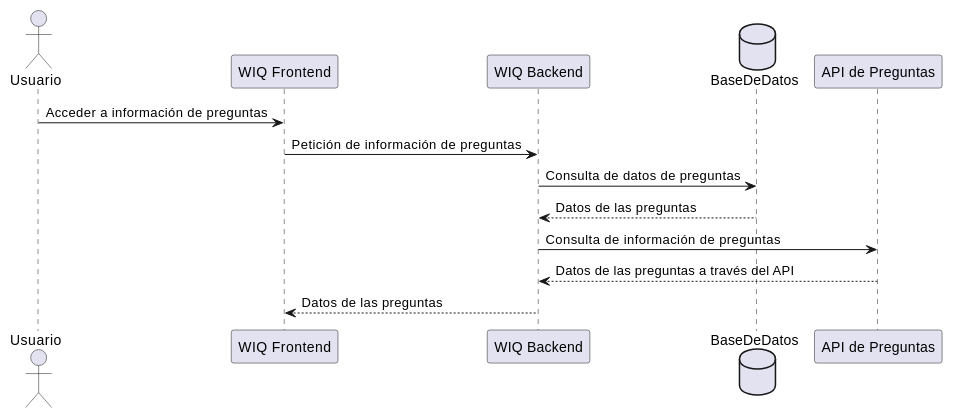
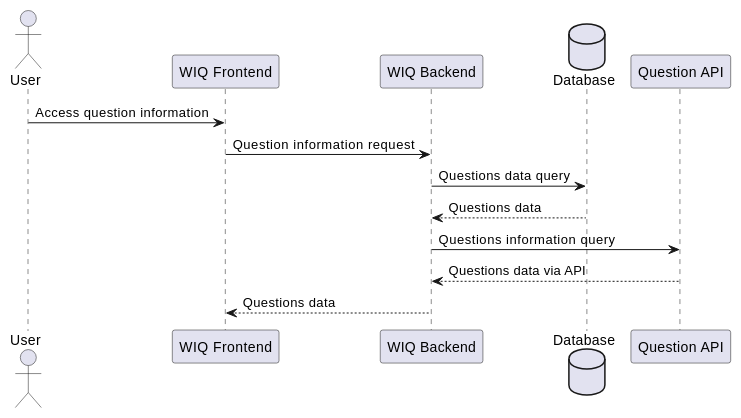
One commit to Arquisoft/wiq_es04b changed the sixth of 6 diagrams in docs/src/06_runtime_view.adoc. Above: the diagram before and after it, drawn with PlantUML. The commit also changed other lines of this file and 1 other file, not shown here.

```diff
--- a/docs/src/06_runtime_view.adoc
+++ b/docs/src/06_runtime_view.adoc
@@ -125,16 +125,16 @@
 [plantuml,"Sequence diagram 6",png]
 ----
-actor Usuario
+actor User
 participant "WIQ Frontend" as Frontend
 participant "WIQ Backend" as Backend
-database BaseDeDatos as DB
-participant "API de Preguntas" as QuestionAPI
+database Database as DB
+participant "Question API" as QuestionAPI
 
-Usuario -> Frontend: Acceder a información de preguntas
-Frontend -> Backend: Petición de información de preguntas
-Backend -> DB: Consulta de datos de preguntas
-DB --> Backend: Datos de las preguntas
-Backend -> QuestionAPI: Consulta de información de preguntas
-QuestionAPI --> Backend: Datos de las preguntas a través del API
-Backend --> Frontend: Datos de las preguntas
+User -> Frontend: Access question information
+Frontend -> Backend: Question information request
+Backend -> DB: Questions data query
+DB --> Backend: Questions data
+Backend -> QuestionAPI: Questions information query
+QuestionAPI --> Backend: Questions data via API
+Backend --> Frontend: Questions data
 ----
```
